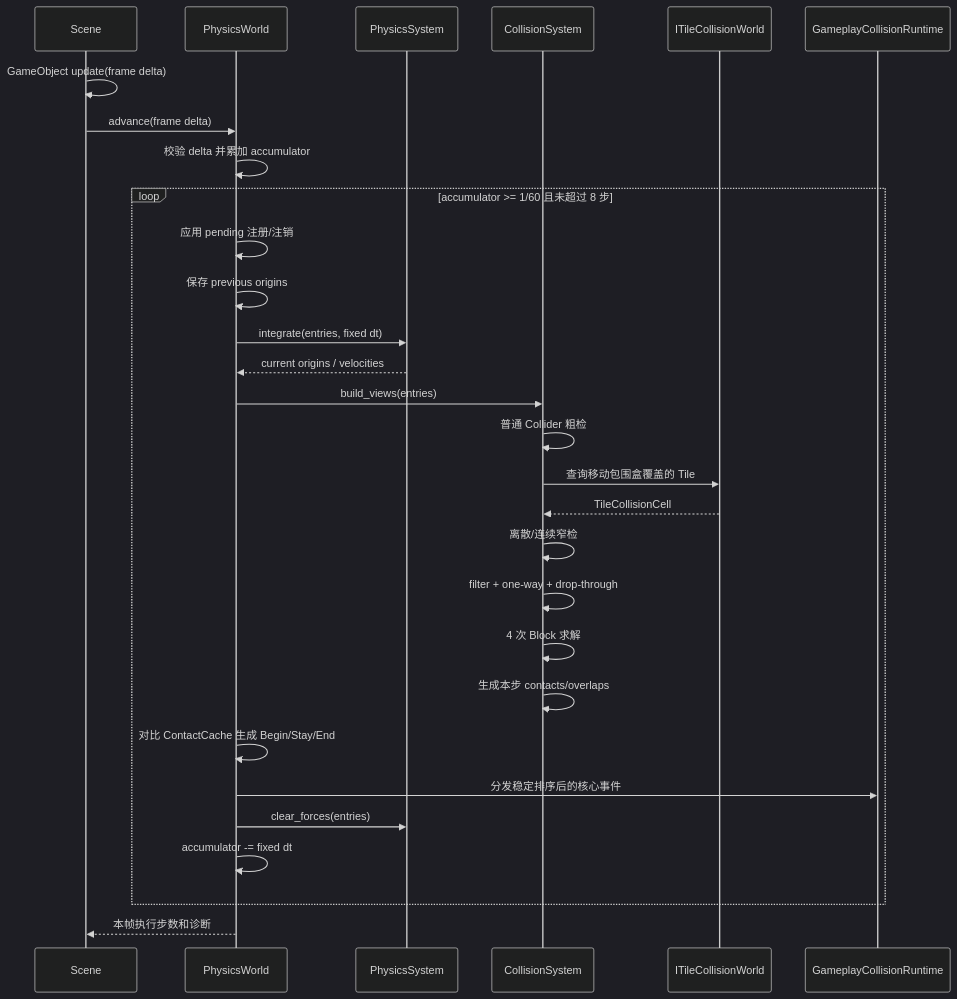
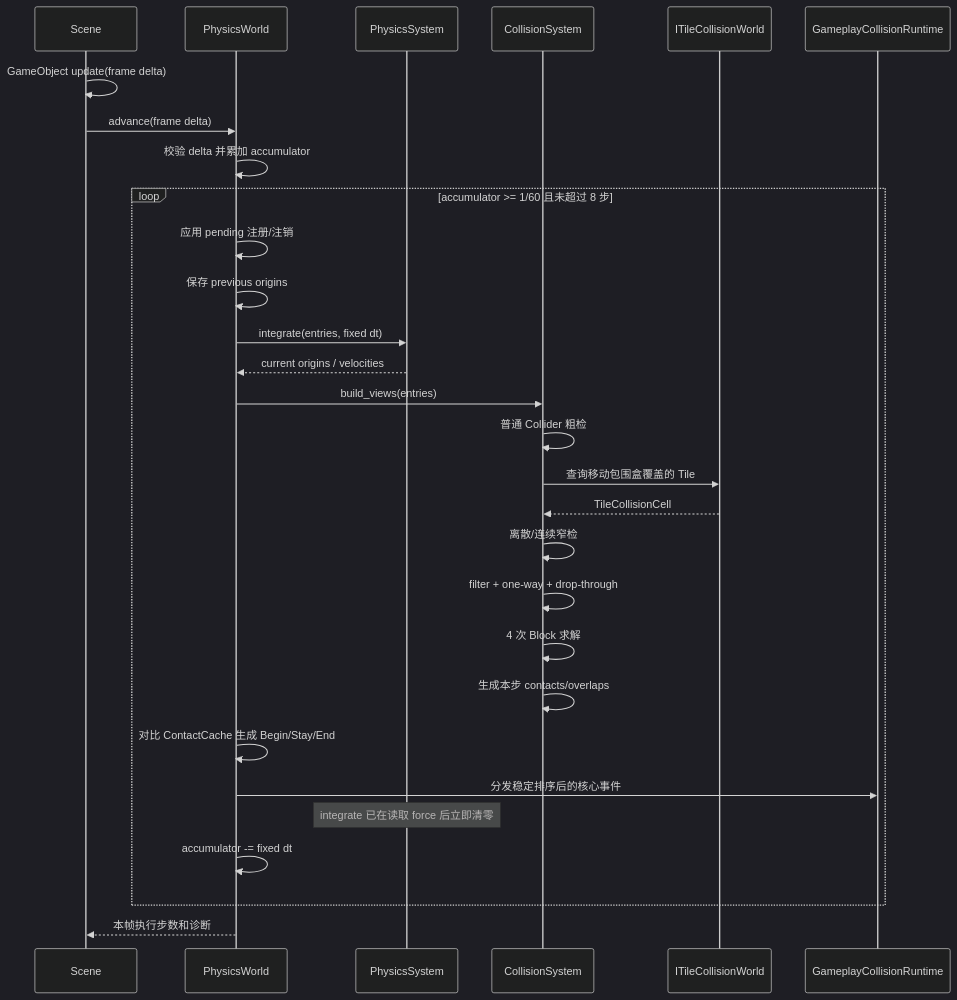
The second of 3 diagrams in docs/subsystems/physics/02-target-architecture.md (Akil0814/ElysiaEngine), drawn with Mermaid (dark theme) before and after one commit. The commit also changed other lines of this file and 49 other files, not shown here.

````diff
--- a/docs/subsystems/physics/02-target-architecture.md
+++ b/docs/subsystems/physics/02-target-architecture.md
@@ -62,32 +62,32 @@
 ```mermaid
 sequenceDiagram
     participant S as Scene
     participant W as PhysicsWorld
     participant P as PhysicsSystem
     participant C as CollisionSystem
     participant T as ITileCollisionWorld
     participant G as GameplayCollisionRuntime
 
     S->>S: GameObject update(frame delta)
     S->>W: advance(frame delta)
     W->>W: 校验 delta 并累加 accumulator
     loop accumulator >= 1/60 且未超过 8 步
         W->>W: 应用 pending 注册/注销
         W->>W: 保存 previous origins
         W->>P: integrate(entries, fixed dt)
         P-->>W: current origins / velocities
         W->>C: build_views(entries)
         C->>C: 普通 Collider 粗检
         C->>T: 查询移动包围盒覆盖的 Tile
         T-->>C: TileCollisionCell
         C->>C: 离散/连续窄检
         C->>C: filter + one-way + drop-through
         C->>C: 4 次 Block 求解
         C->>C: 生成本步 contacts/overlaps
         W->>W: 对比 ContactCache 生成 Begin/Stay/End
         W->>G: 分发稳定排序后的核心事件
-        W->>P: clear_forces(entries)
+        Note over P: integrate 已在读取 force 后立即清零
         W->>W: accumulator -= fixed dt
     end
     W-->>S: 本帧执行步数和诊断
 ```
````
